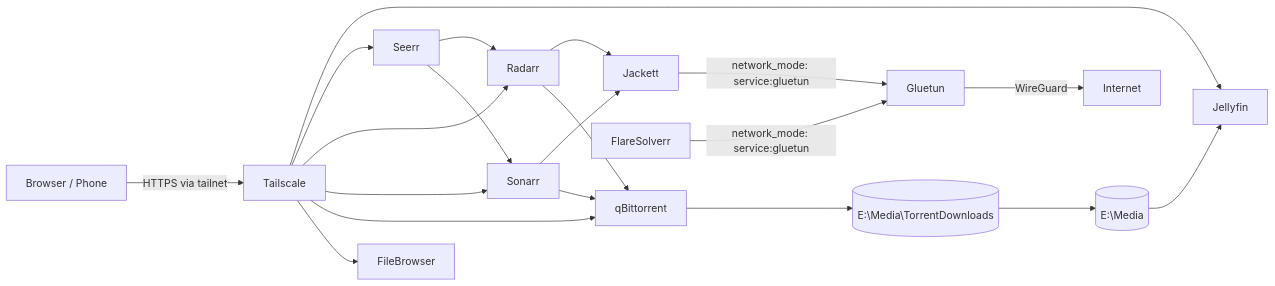
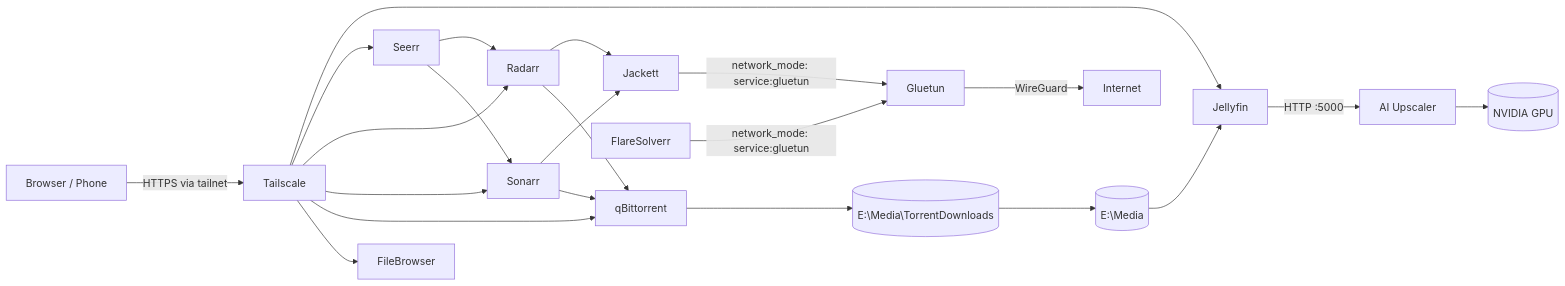
The diagram in README.md (devrajgoswami/docker), drawn with Mermaid before and after one commit. The commit also changed other lines of this file and 2 other files, not shown here.

Commit message:
Added AI Upscaler

````diff
--- a/README.md
+++ b/README.md
@@ -50,23 +52,25 @@
 ```mermaid
 flowchart LR
     User[Browser / Phone] -->|HTTPS via tailnet| TS[Tailscale]
     TS --> Jellyfin
     TS --> Seerr
     TS --> Radarr
     TS --> Sonarr
     TS --> qBittorrent
     TS --> FileBrowser
 
     Seerr --> Radarr
     Seerr --> Sonarr
     Radarr --> Jackett
     Sonarr --> Jackett
     Radarr --> qBittorrent
     Sonarr --> qBittorrent
     Jackett -->|network_mode: service:gluetun| Gluetun
     FlareSolverr -->|network_mode: service:gluetun| Gluetun
     Gluetun -->|WireGuard| Internet
     qBittorrent --> Downloads[(E:\Media\TorrentDownloads)]
     Downloads --> Media[(E:\Media)]
     Media --> Jellyfin
+    Jellyfin -->|HTTP :5000| Upscaler[AI Upscaler]
+    Upscaler --> GPU[(NVIDIA GPU)]
 ```
````
